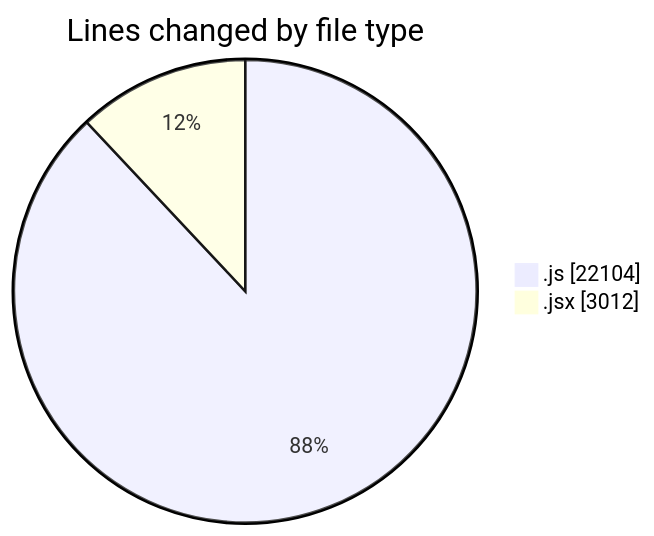
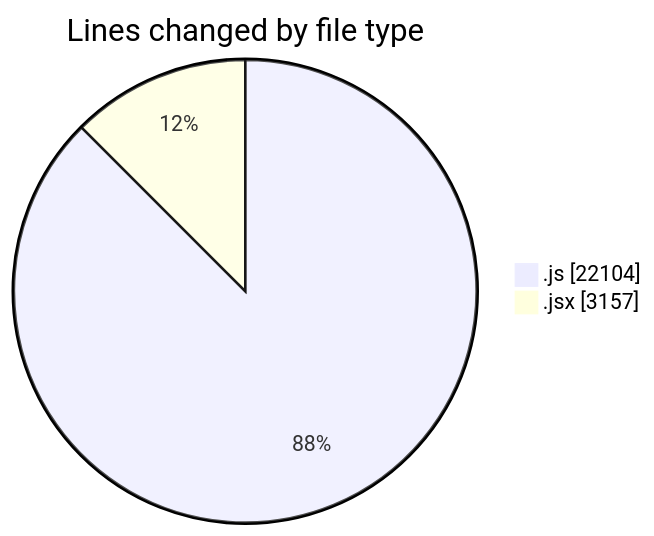
One commit to nxtqubesakshisongat/code-tracking changed the first of 2 diagrams in 2025-09-30/nxtqube_webapp/README.md. Above: the diagram before and after it, drawn with Mermaid. The commit also changed other lines of this file and 1 other file, not shown here.

````diff
--- a/2025-09-30/nxtqube_webapp/README.md
+++ b/2025-09-30/nxtqube_webapp/README.md
@@ -23,6 +23,6 @@
 ```mermaid
 pie showData
 title Lines changed by file type
 ".js" : 22104
-".jsx" : 3012
+".jsx" : 3157
 ```
````
